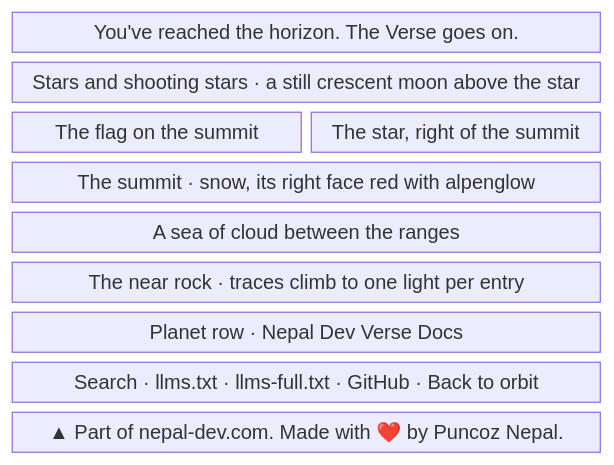
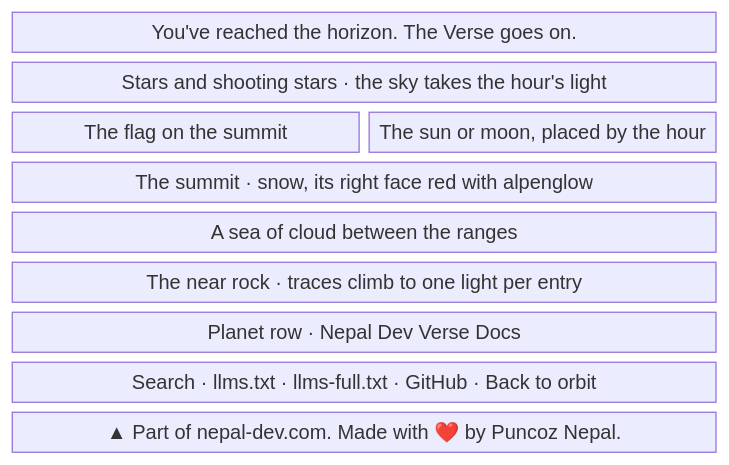
One commit to nepal-dev-com/docs.nepal-dev.com changed the second of 3 diagrams in content/docs/maintain/app-flow/himalayan-horizon.mdx. Above: the diagram before and after it, drawn with Mermaid. The commit also changed other lines of this file and 35 other files, not shown here.

Commit message:
sun and moon position dynamic in horizon

````diff
--- a/content/docs/maintain/app-flow/himalayan-horizon.mdx
+++ b/content/docs/maintain/app-flow/himalayan-horizon.mdx
@@ -50,13 +51,13 @@
 ```mermaid
 block-beta
   columns 4
   closing["You've reached the horizon. The Verse goes on."]:4
-  moon["Stars and shooting stars · a still crescent moon above the star"]:4
-  flag["The flag on the summit"]:2 star["The star, right of the summit"]:2
+  sky["Stars and shooting stars · the sky takes the hour's light"]:4
+  flag["The flag on the summit"]:2 body["The sun or moon, placed by the hour"]:2
   peak["The summit · snow, its right face red with alpenglow"]:4
   sea["A sea of cloud between the ranges"]:4
   rock["The near rock · traces climb to one light per entry"]:4
   planets["Planet row · Nepal Dev Verse Docs"]:4
   links["Search · llms.txt · llms-full.txt · GitHub · Back to orbit"]:4
   credit["▲ Part of nepal-dev.com. Made with ❤️ by Puncoz Nepal."]:4
 ```
````
